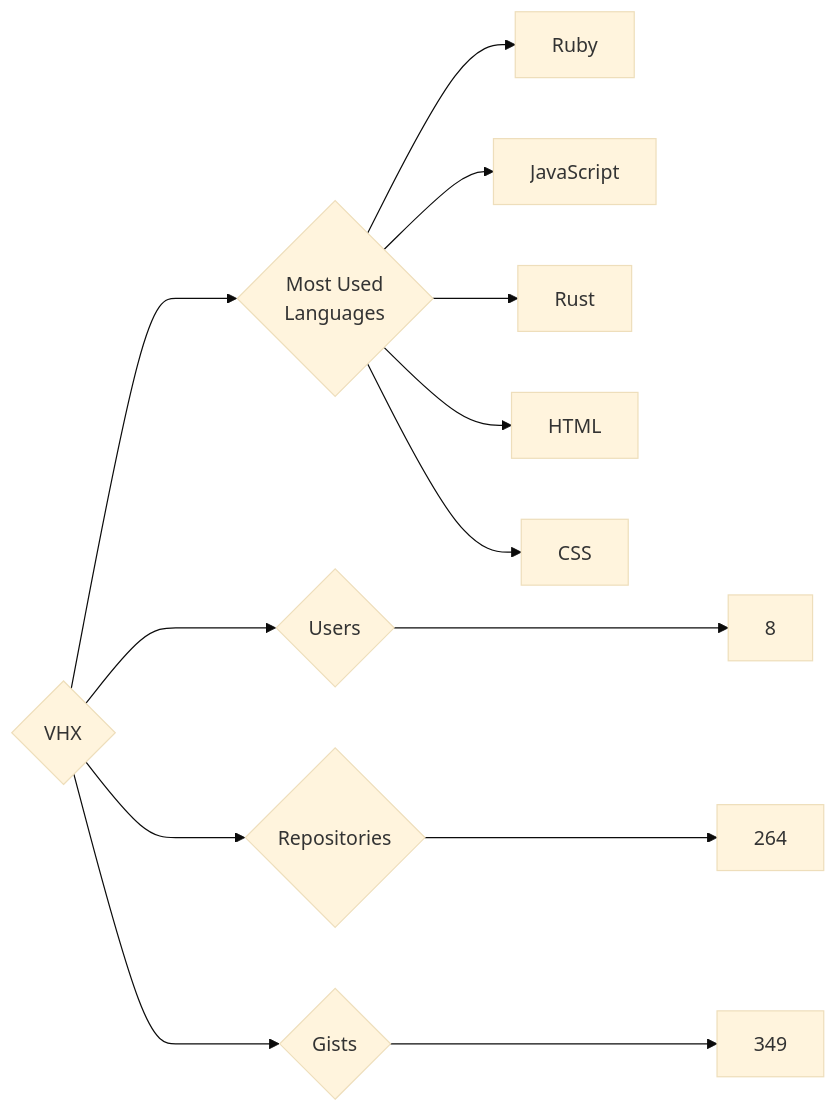
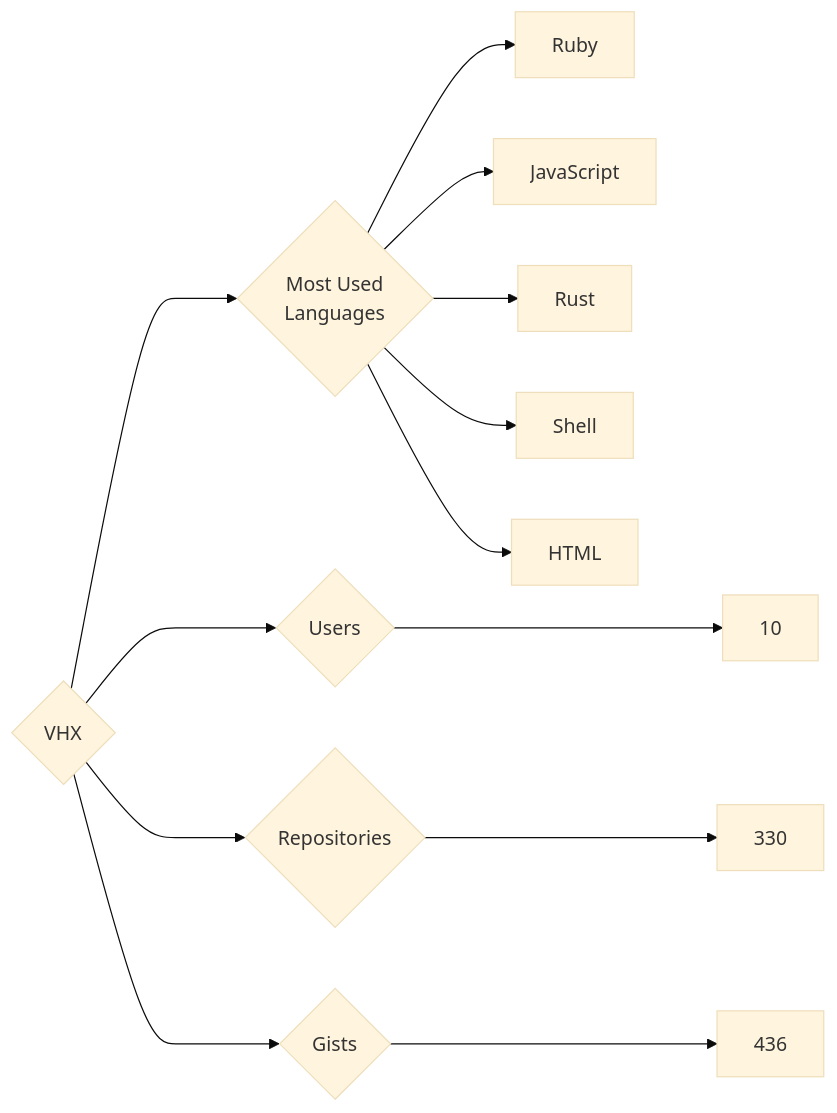
One commit to trickest/insiders changed the diagram in targets/VHX/README.md. Above: the diagram before and after it, drawn with Mermaid (base theme). The commit also changed 1011 other files, not shown here.

````diff
--- a/targets/VHX/README.md
+++ b/targets/VHX/README.md
@@ -3,13 +3,13 @@
 ```mermaid
 graph LR
 COMPANY_NAME{VHX}
-COMPANY_NAME ---> U{Users} ---> UN[8]
-COMPANY_NAME ---> R{Repositories} ---> RN[264]
-COMPANY_NAME ---> G{Gists} ---> GN[349]
+COMPANY_NAME ---> U{Users} ---> UN[10]
+COMPANY_NAME ---> R{Repositories} ---> RN[330]
+COMPANY_NAME ---> G{Gists} ---> GN[436]
 COMPANY_NAME ---> ML{Most Used<br>Languages}
 ML --> Ruby[Ruby]
 ML --> JavaScript[JavaScript]
 ML --> Rust[Rust]
+ML --> Shell[Shell]
 ML --> HTML[HTML]
-ML --> CSS[CSS]
 ```
````
